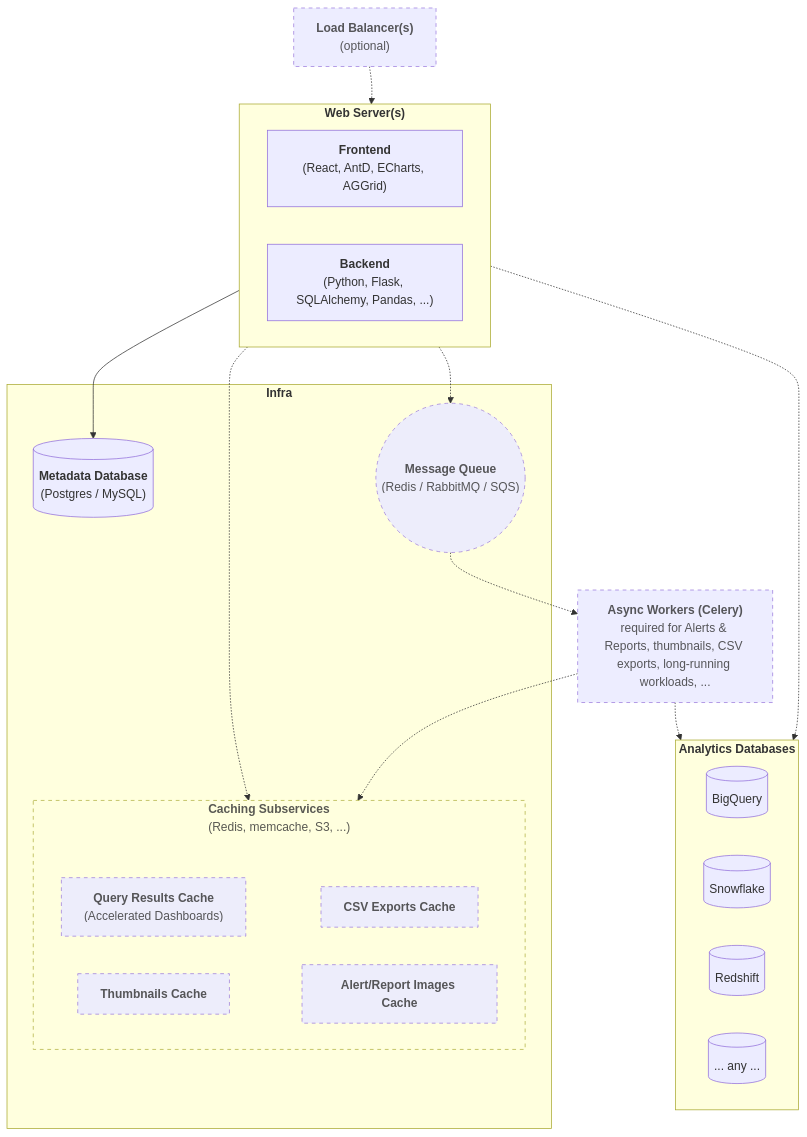
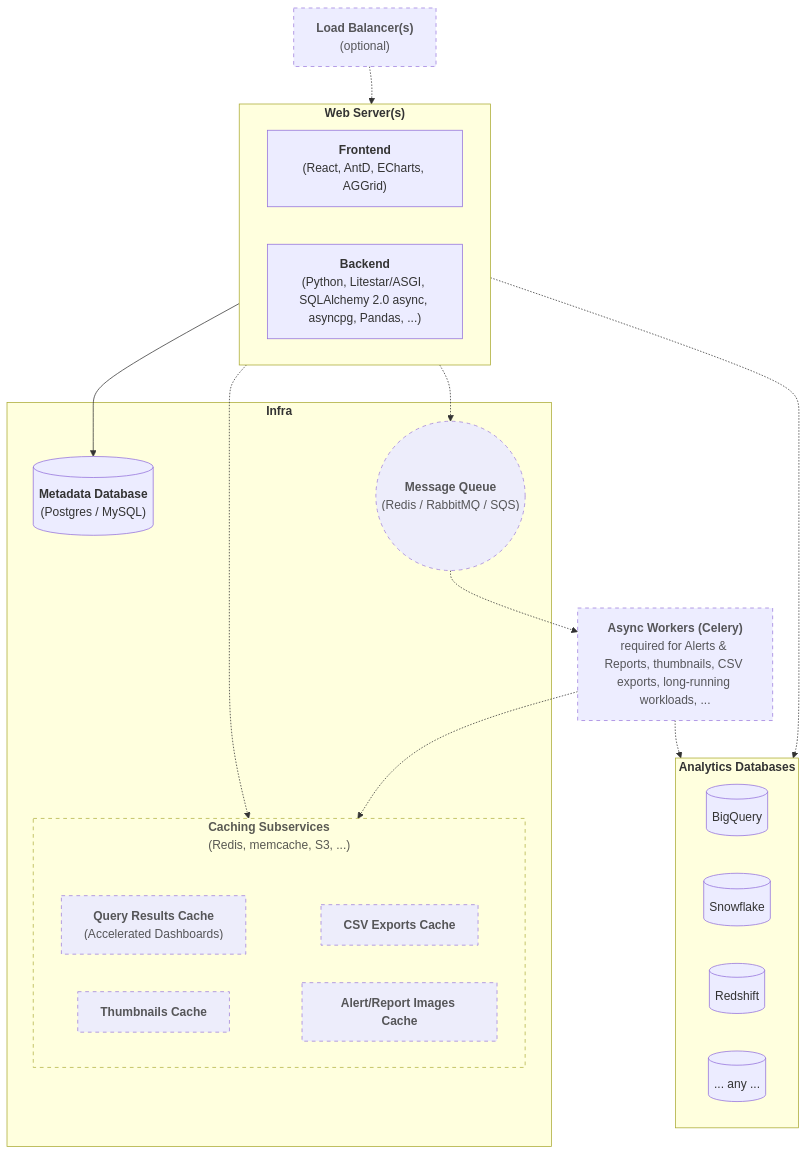
One commit to happykust/liteset changed the diagram in docs/docs/contributing/resources.mdx. Above: the diagram before and after it, drawn with Mermaid. The commit also changed 23 other files, not shown here.

````diff
--- a/docs/docs/contributing/resources.mdx
+++ b/docs/docs/contributing/resources.mdx
@@ -13,81 +13,81 @@
 ```mermaid
 flowchart TD
 
   %% Top Level
   LB["<b>Load Balancer(s)</b><br/>(optional)"]
   LB -.-> WebServers
 
   %% Web Servers
   subgraph WebServers ["<b>Web Server(s)</b>"]
     WS1["<b>Frontend</b><br/>(React, AntD, ECharts, AGGrid)"]
-    WS2["<b>Backend</b><br/>(Python, Flask, SQLAlchemy, Pandas, ...)"]
+    WS2["<b>Backend</b><br/>(Python, Litestar/ASGI, SQLAlchemy 2.0 async, asyncpg, Pandas, ...)"]
   end
 
   %% Infra
   subgraph InfraServices ["<b>Infra</b>"]
     DB[("<b>Metadata Database</b><br/>(Postgres / MySQL)")]
 
     subgraph Caching ["<b>Caching Subservices<br/></b>(Redis, memcache, S3, ...)"]
       direction LR
       DummySpace[" "]:::invisible
       QueryCache["<b>Query Results Cache</b><br/>(Accelerated Dashboards)"]
       CsvCache["<b>CSV Exports Cache</b>"]
       ThumbnailCache["<b>Thumbnails Cache</b>"]
       AlertImageCache["<b>Alert/Report Images Cache</b>"]
 	  QueryCache -- " " --> CsvCache
 	  linkStyle 1 stroke:transparent;
       ThumbnailCache -- " " --> AlertImageCache
 	  linkStyle 2 stroke:transparent;
     end
 
     Broker(("<b>Message Queue</b><br/>(Redis / RabbitMQ / SQS)"))
   end
 
   AsyncBackend["<b>Async Workers (Celery)</b><br>required for Alerts & Reports, thumbnails, CSV exports, long-running workloads, ..."]
 
   %% External DBs
   subgraph ExternalDatabases ["<b>Analytics Databases</b>"]
     direction LR
     BigQuery[(BigQuery)]
     Snowflake[(Snowflake)]
     Redshift[(Redshift)]
     Postgres[(Postgres)]
     Postgres[(... any ...)]
   end
 
   %% Connections
   LB -.-> WebServers
   WebServers --> DB
   WebServers -.-> Caching
   WebServers -.-> Broker
   WebServers -.-> ExternalDatabases
 
   Broker -.-> AsyncBackend
 
   AsyncBackend -.-> ExternalDatabases
   AsyncBackend -.-> Caching
 
 
 
   %% Legend styling
   classDef requiredNode stroke-width:2px,stroke:black;
   class Required requiredNode;
   class Optional optionalNode;
 
   %% Hide real arrow
   linkStyle 0 stroke:transparent;
 
   %% Styling
   classDef optionalNode stroke-dasharray: 5 5, opacity:0.9;
   class LB optionalNode;
   class Caching optionalNode;
   class AsyncBackend optionalNode;
   class Broker optionalNode;
   class QueryCache optionalNode;
   class CsvCache optionalNode;
   class ThumbnailCache optionalNode;
   class AlertImageCache optionalNode;
   class Celery optionalNode;
 
   classDef invisible fill:transparent,stroke:transparent;
 ```
````
